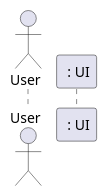
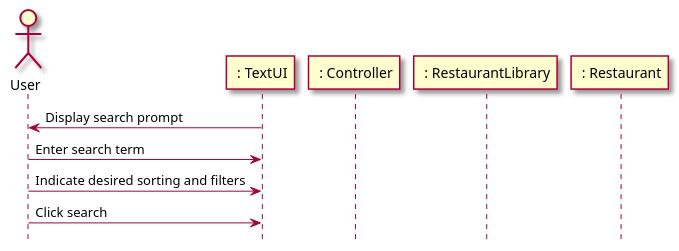
The first of 2 diagrams in intellij/doc/design.md (tanwasp/LunchBox-Android), drawn with PlantUML before and after one commit. The commit also changed other lines of this file, not shown here.

Commit message:
Fix class diagram and start sequence

````diff
--- a/intellij/doc/design.md
+++ b/intellij/doc/design.md
@@ -3,7 +3,18 @@
 ```plantuml
 @startuml
+hide footbox
+skin rose
+
 actor User as user
-participant " : UI" as ui
+participant " : TextUI" as ui
+participant " : Controller" as controller
+participant " : RestaurantLibrary" as lib
+participant " : Restaurant" as restaurant
+
+ui -> user : Display search prompt
+user -> ui : Enter search term
+user -> ui : Indicate desired sorting and filters
+user -> ui : Click search 
 
 @enduml
 ```
````
